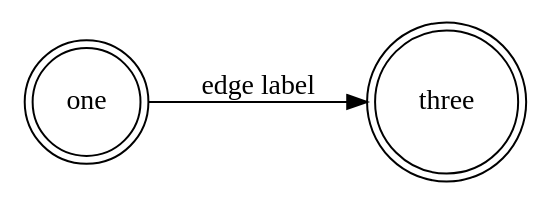
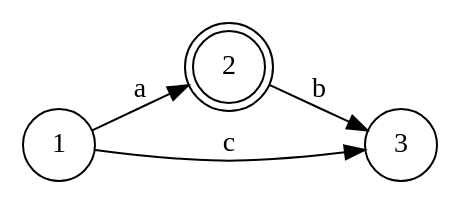
One commit to titusse3/glushkov-automata changed the diagram in dot.dot. Above: the diagram before and after it, drawn with Graphviz. The commit also changed 6 other files, not shown here.

Commit message:
test des fonctionnalités de GraphViz

```diff
--- a/dot.dot
+++ b/dot.dot
@@ -1,7 +1,9 @@
 digraph {
     graph [rankdir=LR];
-    node [shape=doublecircle];
-    1 [label=one];
-    3 [label=three];
-    1 -> 3 [label="edge label"];
+    1 [shape=circle];
+    2 [shape=doublecircle];
+    3 [shape=circle];
+    1 -> 2 [label=a];
+    1 -> 3 [label=c];
+    2 -> 3 [label=b];
 }
```
